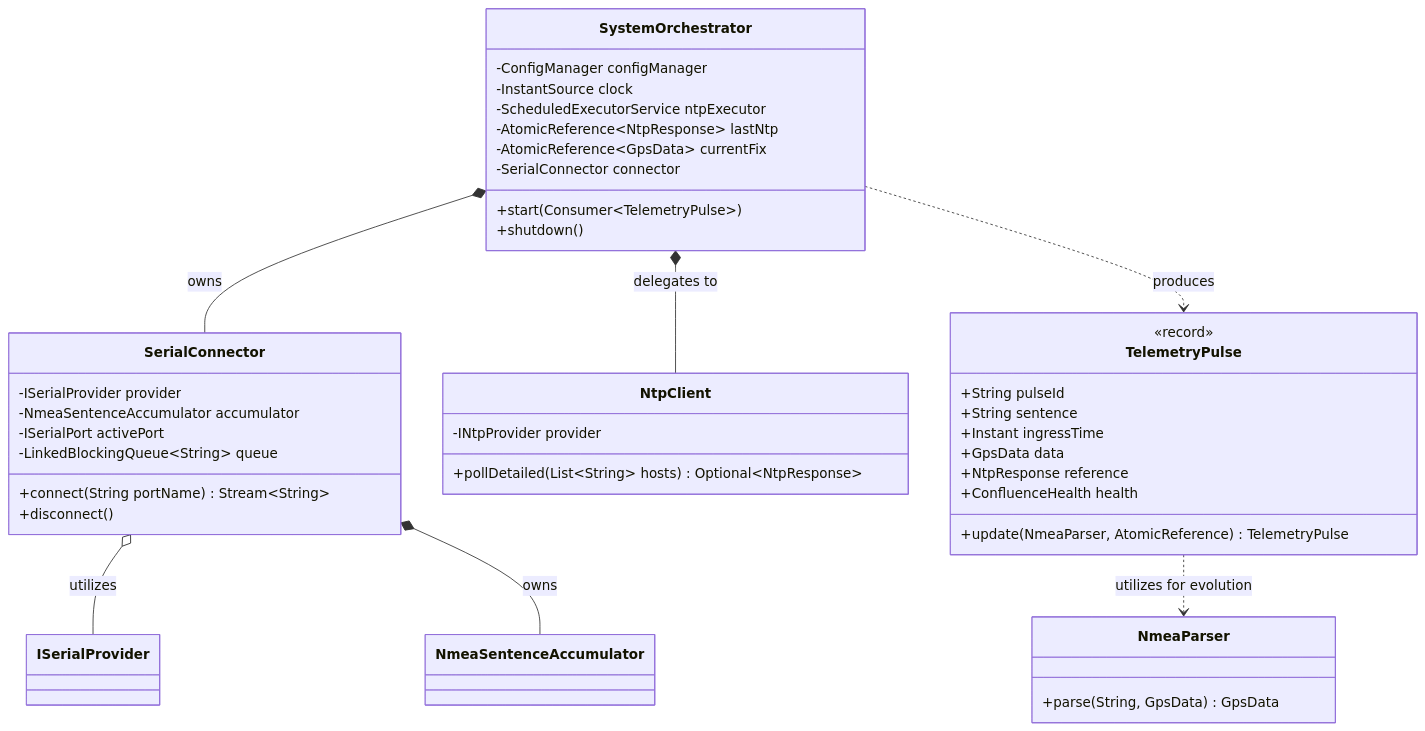
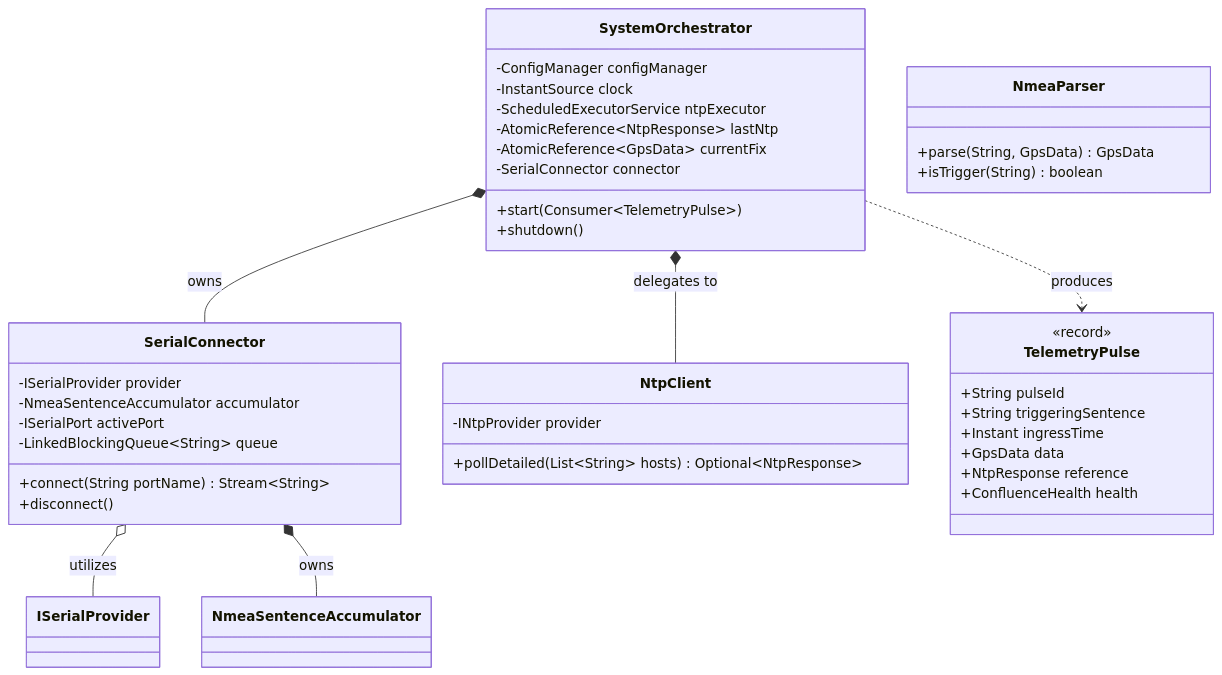
One commit to N8QQQ/qtr-qth changed the first of 4 diagrams in docs/architecture/ARCHITECTURE.md. Above: the diagram before and after it, drawn with Mermaid. The commit also changed other lines of this file and 48 other files, not shown here.

````diff
--- a/docs/architecture/ARCHITECTURE.md
+++ b/docs/architecture/ARCHITECTURE.md
@@ -12,51 +12,50 @@
 ```mermaid
 classDiagram
     direction TB
     
     class SystemOrchestrator {
         -ConfigManager configManager
         -InstantSource clock
         -ScheduledExecutorService ntpExecutor
         -AtomicReference~NtpResponse~ lastNtp
         -AtomicReference~GpsData~ currentFix
         -SerialConnector connector
         +start(Consumer~TelemetryPulse~)
         +shutdown()
     }
 
     class SerialConnector {
         -ISerialProvider provider
         -NmeaSentenceAccumulator accumulator
         -ISerialPort activePort
         -LinkedBlockingQueue~String~ queue
         +connect(String portName) Stream~String~
         +disconnect()
     }
 
     class NtpClient {
         -INtpProvider provider
         +pollDetailed(List~String~ hosts) Optional~NtpResponse~
     }
 
     class TelemetryPulse {
         <<record>>
         +String pulseId
-        +String sentence
+        +String triggeringSentence
         +Instant ingressTime
         +GpsData data
         +NtpResponse reference
         +ConfluenceHealth health
-        +update(NmeaParser, AtomicReference) TelemetryPulse
     }
 
     class NmeaParser {
         +parse(String, GpsData) GpsData
+        +isTrigger(String) boolean
     }
 
     SystemOrchestrator *-- SerialConnector : owns
     SystemOrchestrator *-- NtpClient : delegates to
     SystemOrchestrator ..> TelemetryPulse : produces
     SerialConnector o-- ISerialProvider : utilizes
     SerialConnector *-- NmeaSentenceAccumulator : owns
-    TelemetryPulse ..> NmeaParser : utilizes for evolution
 ```
````
